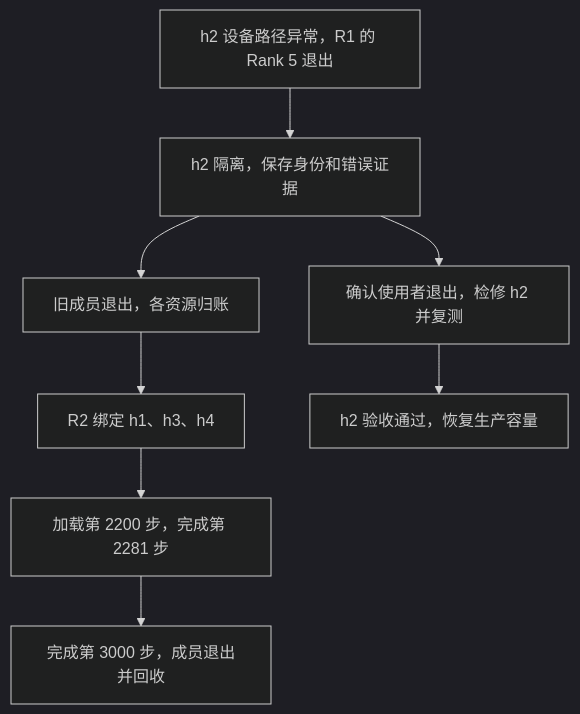
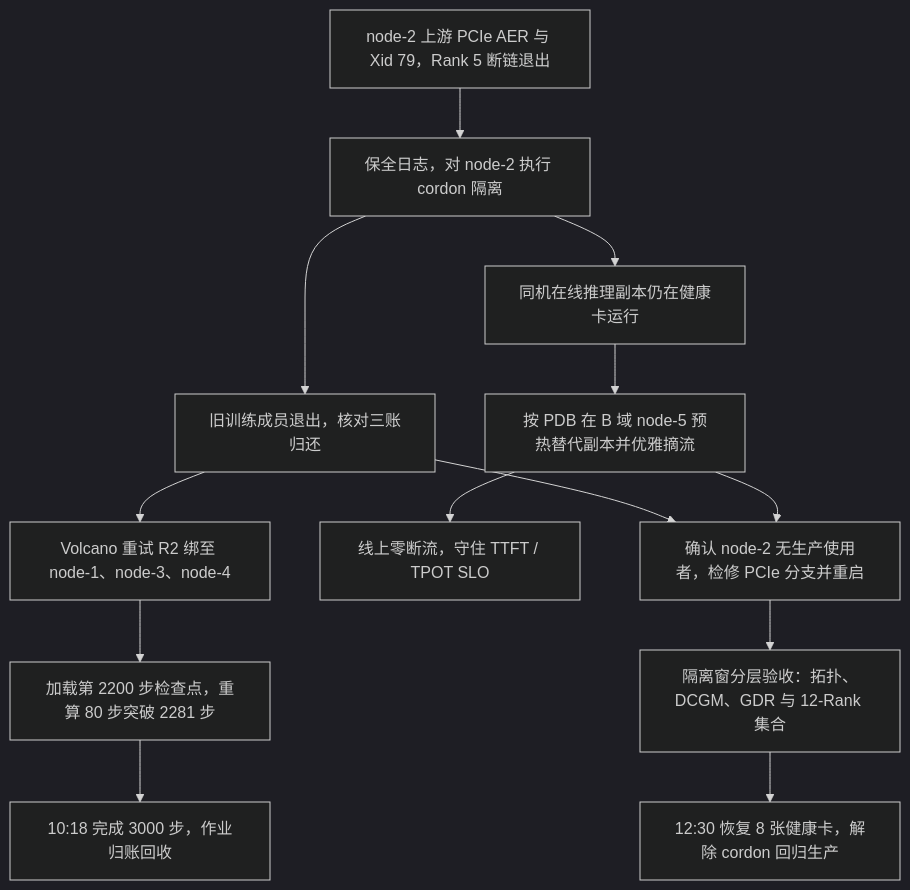
Before and after one commit to realtyz/ops-manual: the diagram in AI-Infra/20_用完整场景串联整套知识/04_GPU 故障、整组重试与容量恢复.md, drawn with Mermaid (dark theme). The commit also changed other lines of this file and 194 other files, not shown here.

````diff
--- a/AI-Infra/20_用完整场景串联整套知识/04_GPU 故障、整组重试与容量恢复.md
+++ b/AI-Infra/20_用完整场景串联整套知识/04_GPU 故障、整组重试与容量恢复.md
@@ -55,12 +73,17 @@
 ```mermaid
 flowchart TD
-    accTitle: J20 恢复与 h2 复归的证据
-    accDescr: h2 的 PCIe 路径异常使 Rank 5 退出。作业支路用 h1、h3、h4 和第 2200 步检查点恢复。节点支路隔离并维修 h2，独立复测后开放容量。
-    F["h2 设备路径异常，R1 的 Rank 5 退出"] --> C["h2 隔离，保存身份和错误证据"]
-    C --> O["旧成员退出，各资源归账"]
-    O --> N["R2 绑定 h1、h3、h4"]
-    N --> P["加载第 2200 步，完成第 2281 步"]
-    P --> E["完成第 3000 步，成员退出并回收"]
-    C --> M["确认使用者退出，检修 h2 并复测"]
-    M --> A["h2 验收通过，恢复生产容量"]
+    accTitle: 故障后的训练恢复、推理无损漂移与节点复归三条闭环
+    accDescr: 故障节点 PCIe 异常使 Rank 5 退出后，立即隔离该节点并保全证据，分出三条并行闭环：训练作业等旧成员归账后切至备用节点加载 2200 步检查点并跑完 3000 步；同机在线推理经 PDB 在 B 域预热新副本后无损摘流；故障节点待全部使用者退出后维修并经分层验收重新开放生产容量。
+    F["node-2 上游 PCIe AER 与 Xid 79，Rank 5 断链退出"] --> C["保全日志，对 node-2 执行 cordon 隔离"]
+    C --> T1["旧训练成员退出，核对三账归还"]
+    T1 --> T2["Volcano 重试 R2 绑至 node-1、node-3、node-4"]
+    T2 --> T3["加载第 2200 步检查点，重算 80 步突破 2281 步"]
+    T3 --> T4["10:18 完成 3000 步，作业归账回收"]
+    C --> I1["同机在线推理副本仍在健康卡运行"]
+    I1 --> I2["按 PDB 在 B 域 node-5 预热替代副本并优雅摘流"]
+    I2 --> I3["线上零断流，守住 TTFT / TPOT SLO"]
+    T1 --> M1["确认 node-2 无生产使用者，检修 PCIe 分支并重启"]
+    I2 --> M1
+    M1 --> M2["隔离窗分层验收：拓扑、DCGM、GDR 与 12-Rank 集合"]
+    M2 --> M3["12:30 恢复 8 张健康卡，解除 cordon 回归生产"]
 ```
````
